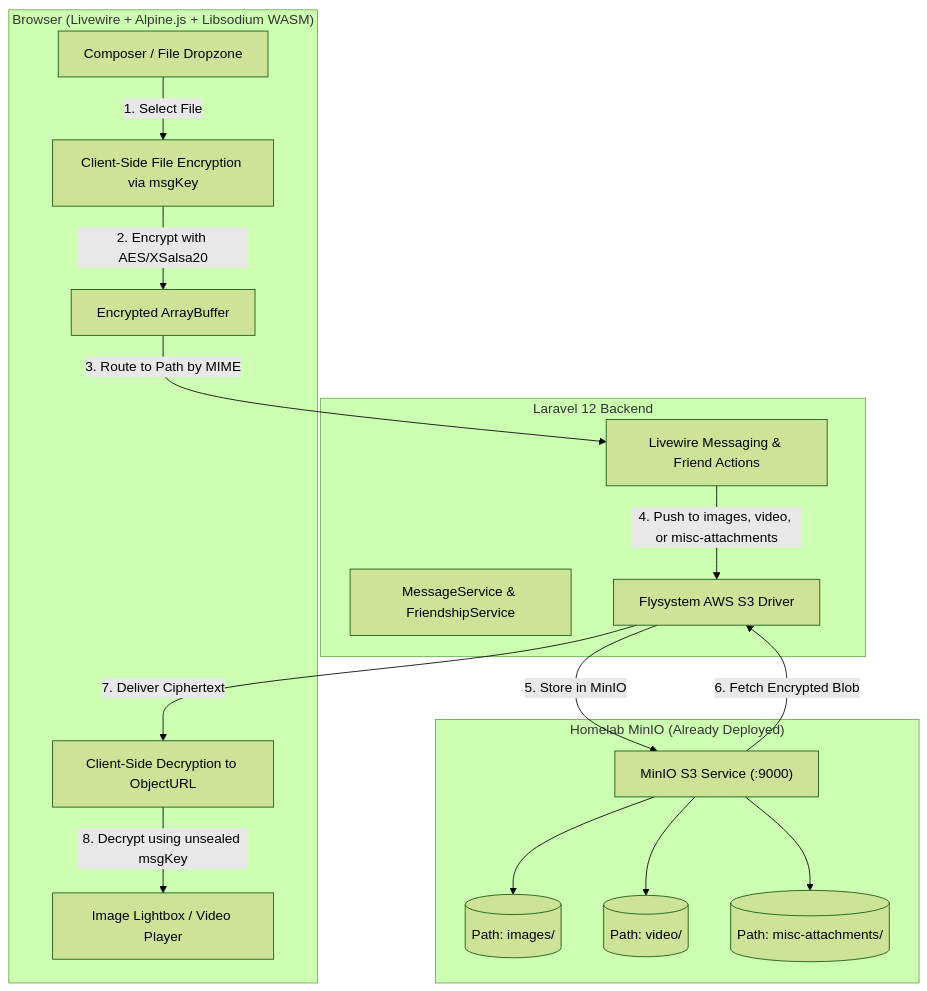
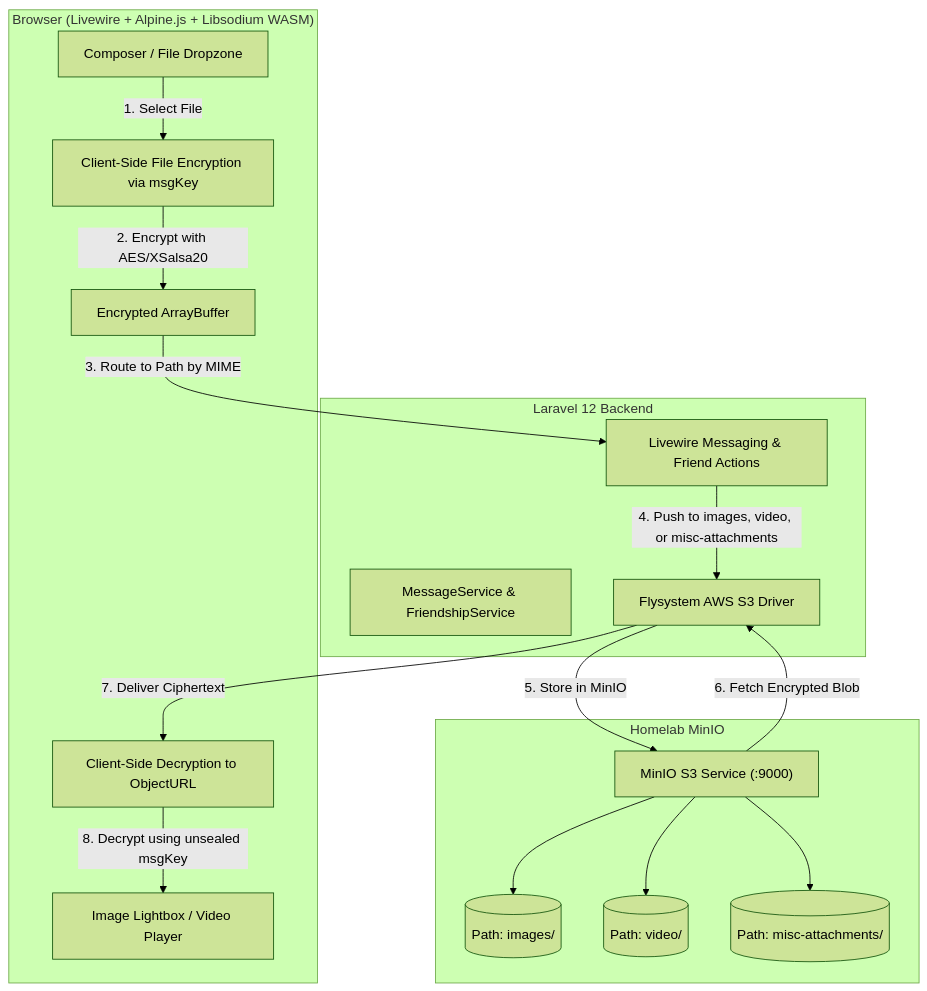
The diagram in FEATURE_IMPLEMENTATION_PLAN.md (HaiqalHarona/SanCo), drawn with Mermaid (forest theme) before and after one commit. The commit also changed other lines of this file and 9 other files, not shown here.

````diff
--- a/FEATURE_IMPLEMENTATION_PLAN.md
+++ b/FEATURE_IMPLEMENTATION_PLAN.md
@@ -13,36 +14,36 @@
 ```mermaid
 graph TD
     subgraph Client ["Browser (Livewire + Alpine.js + Libsodium WASM)"]
         UI[Composer / File Dropzone]
         E2EE[Client-Side File Encryption via msgKey]
         BLOB[Encrypted ArrayBuffer]
         DEC[Client-Side Decryption to ObjectURL]
         VIEW[Image Lightbox / Video Player]
     end
 
     subgraph Laravel ["Laravel 12 Backend"]
         Livewire[Livewire Messaging & Friend Actions]
         MsgService[MessageService & FriendshipService]
         S3Driver[Flysystem AWS S3 Driver]
     end
 
-    subgraph Homelab ["Homelab MinIO (Already Deployed)"]
+    subgraph Homelab ["Homelab MinIO"]
         MinIO["MinIO S3 Service (:9000)"]
         PathImg[("Path: images/")]
         PathVid[("Path: video/")]
         PathMisc[("Path: misc-attachments/")]
     end
 
     UI -->|1. Select File| E2EE
     E2EE -->|2. Encrypt with AES/XSalsa20| BLOB
     BLOB -->|3. Route to Path by MIME| Livewire
     Livewire -->|4. Push to images, video, or misc-attachments| S3Driver
     S3Driver -->|5. Store in MinIO| MinIO
     MinIO --> PathImg
     MinIO --> PathVid
     MinIO --> PathMisc
 
     MinIO -->|6. Fetch Encrypted Blob| S3Driver
     S3Driver -->|7. Deliver Ciphertext| DEC
     DEC -->|8. Decrypt using unsealed msgKey| VIEW
 ```
````
